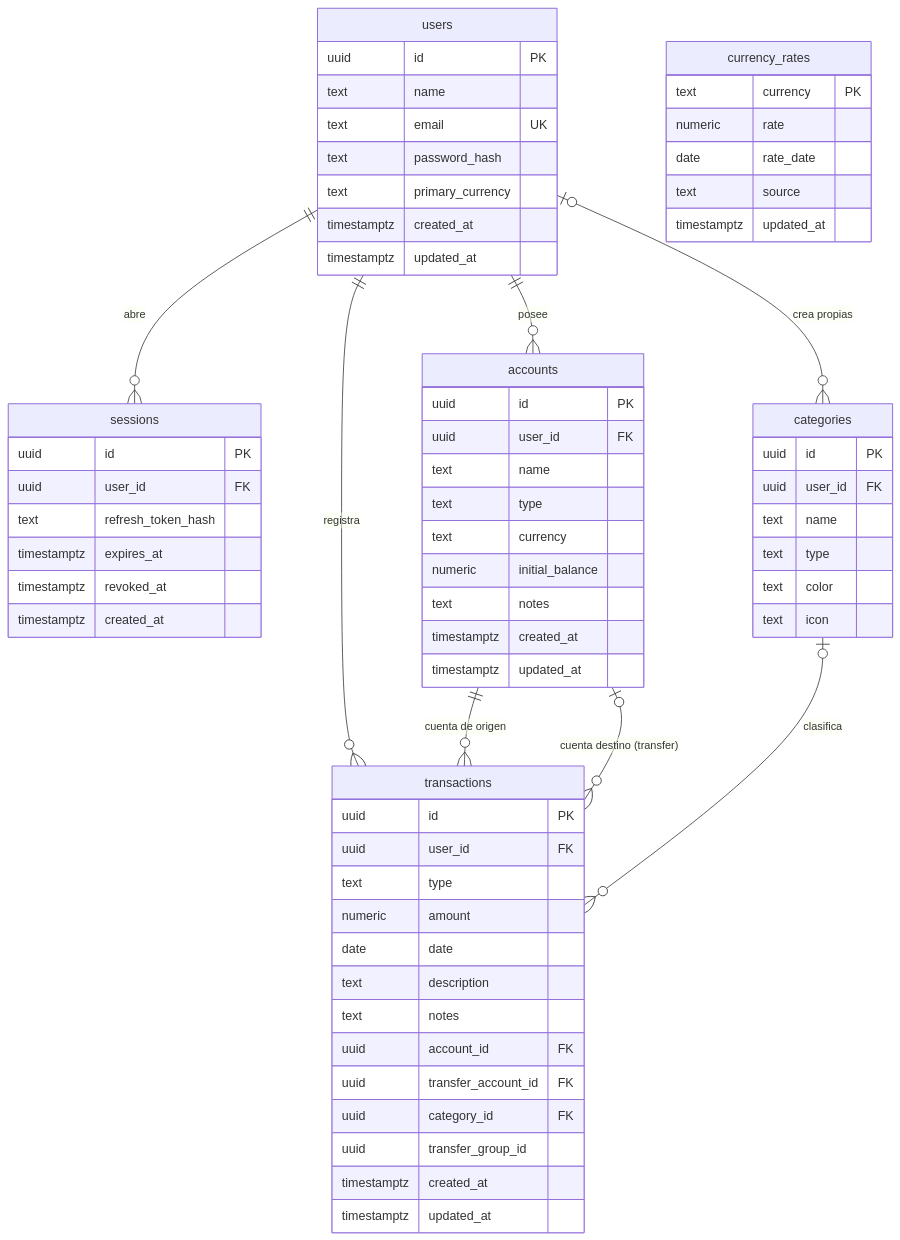
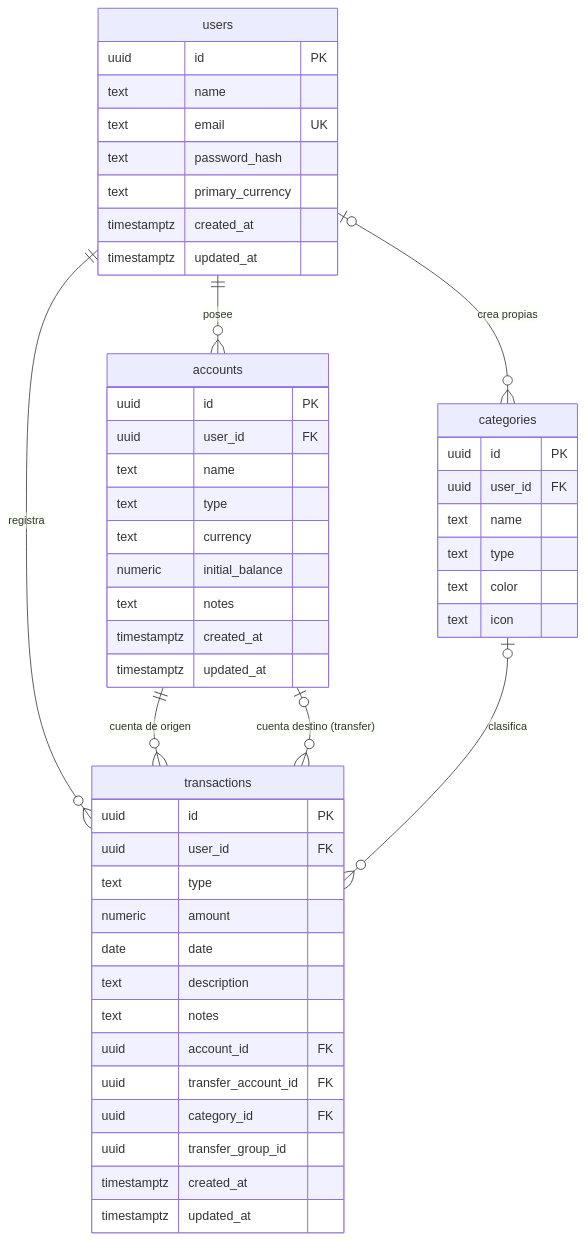
Before and after one commit to thomasbarenghi/atlas-finance-unahur: the diagram in docs/architecture/der.md, drawn with Mermaid. The commit also changed other lines of this file and 58 other files, not shown here.

First line of the commit message:
refactor(api,client,docs): use live currency rates and web-only stateless auth

````diff
--- a/docs/architecture/der.md
+++ b/docs/architecture/der.md
@@ -9,74 +9,57 @@
 ```mermaid
 erDiagram
-  users ||--o{ sessions : "abre"
   users ||--o{ accounts : "posee"
   users ||--o{ transactions : "registra"
   accounts ||--o{ transactions : "cuenta de origen"
   accounts |o--o{ transactions : "cuenta destino (transfer)"
   users |o--o{ categories : "crea propias"
   categories |o--o{ transactions : "clasifica"
 
   users {
     uuid id PK
     text name
     text email UK
     text password_hash
     text primary_currency
     timestamptz created_at
     timestamptz updated_at
-  }
-
-  sessions {
-    uuid id PK
-    uuid user_id FK
-    text refresh_token_hash
-    timestamptz expires_at
-    timestamptz revoked_at
-    timestamptz created_at
   }
 
   accounts {
     uuid id PK
     uuid user_id FK
     text name
     text type
     text currency
     numeric initial_balance
     text notes
     timestamptz created_at
     timestamptz updated_at
   }
 
   categories {
     uuid id PK
     uuid user_id FK
     text name
     text type
     text color
     text icon
   }
 
   transactions {
     uuid id PK
     uuid user_id FK
     text type
     numeric amount
     date date
     text description
     text notes
     uuid account_id FK
     uuid transfer_account_id FK
     uuid category_id FK
     uuid transfer_group_id
     timestamptz created_at
     timestamptz updated_at
   }
 
-  currency_rates {
-    text currency PK
-    numeric rate
-    date rate_date
-    text source
-    timestamptz updated_at
-  }
 ```
````
